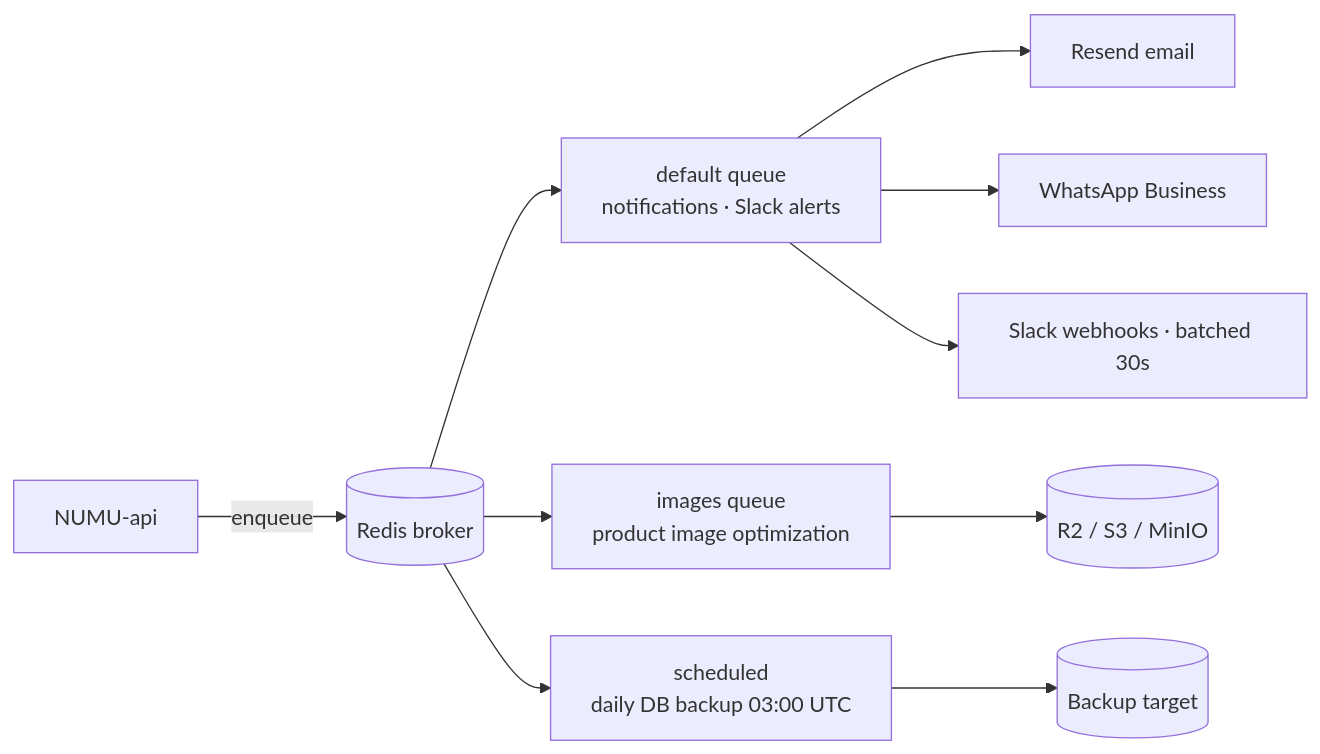
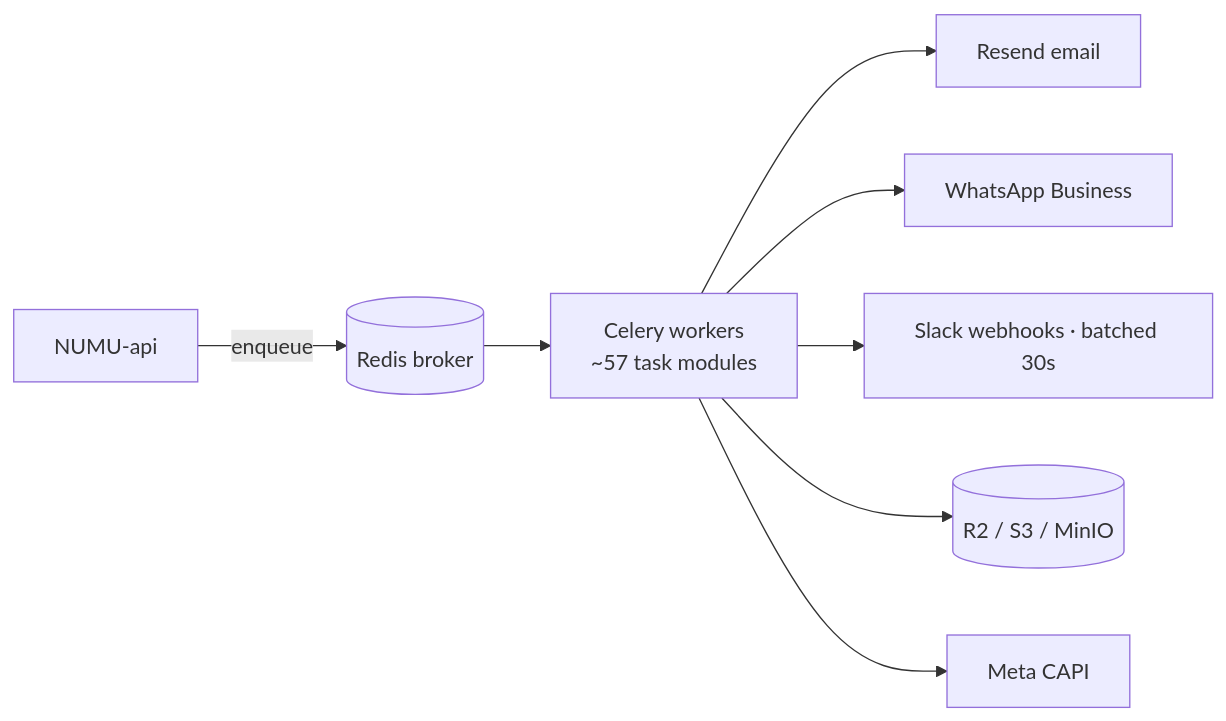
The fifth of 5 diagrams in README.md (NUMU-IO/NUMU-api), drawn with Mermaid before and after one commit. The commit also changed other lines of this file, not shown here.

````diff
--- a/README.md
+++ b/README.md
@@ -301,13 +303,10 @@
 ```mermaid
 flowchart LR
   API[NUMU-api] -- enqueue --> R[(Redis broker)]
-  R --> Q1[default queue<br/>notifications · Slack alerts]
-  R --> Q2[images queue<br/>product image optimization]
-  R --> Q3[scheduled<br/>daily DB backup 03:00 UTC]
-
-  Q1 --> Email[Resend email]
-  Q1 --> WA[WhatsApp Business]
-  Q1 --> Slack[Slack webhooks · batched 30s]
-  Q2 --> Store[(R2 / S3 / MinIO)]
-  Q3 --> Backup[(Backup target)]
+  R --> W[Celery workers<br/>~57 task modules]
+  W --> Email[Resend email]
+  W --> WA[WhatsApp Business]
+  W --> Slack[Slack webhooks · batched 30s]
+  W --> Store[(R2 / S3 / MinIO)]
+  W --> Meta[Meta CAPI]
 ```
````
